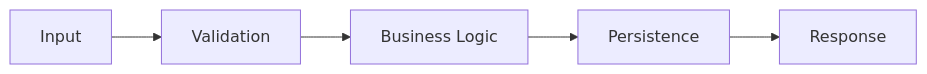
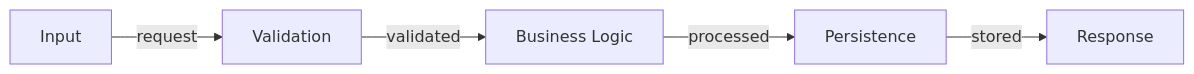
Before and after one commit to mayurpise/draft: the second of 6 diagrams in core/templates/architecture.md, drawn with Mermaid. The commit also changed other lines of this file and 9 other files, not shown here.

````diff
--- a/core/templates/architecture.md
+++ b/core/templates/architecture.md
@@ -96,7 +147,7 @@
 ```mermaid
 flowchart LR
-    Input["Input"] --> Validate["Validation"]
-    Validate --> Process["Business Logic"]
-    Process --> Persist["Persistence"]
-    Persist --> Output["Response"]
+    A["Input"] -->|"request"| B["Validation"]
+    B -->|"validated"| C["Business Logic"]
+    C -->|"processed"| D["Persistence"]
+    D -->|"stored"| E["Response"]
 ```
````
